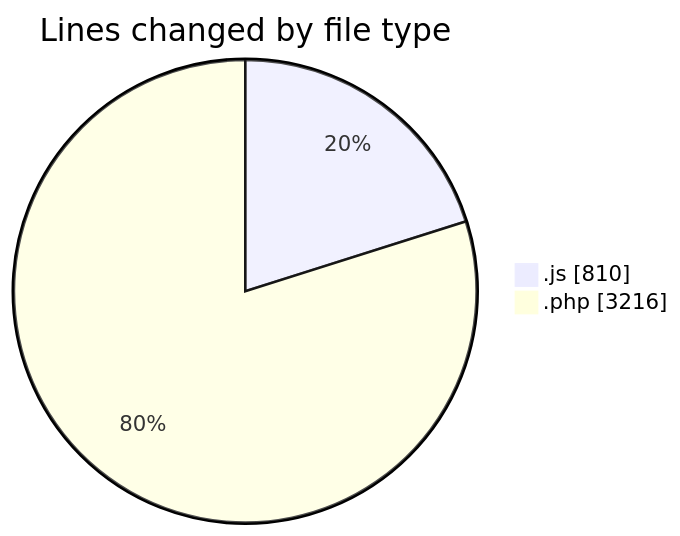
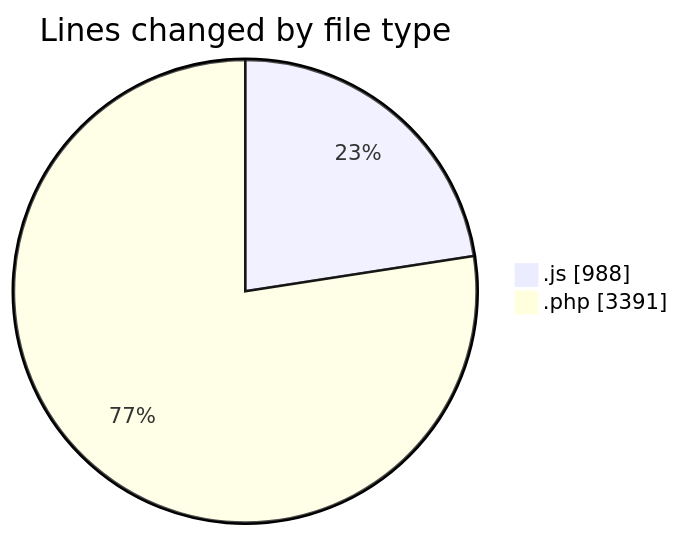
One commit to debugP/code-tracking changed the first of 2 diagrams in 2026-10-30/wp-content/README.md. Above: the diagram before and after it, drawn with Mermaid. The commit also changed other lines of this file and 1 other file, not shown here.

````diff
--- a/2026-10-30/wp-content/README.md
+++ b/2026-10-30/wp-content/README.md
@@ -21,6 +23,6 @@
 ```mermaid
 pie showData
 title Lines changed by file type
-".js" : 810
-".php" : 3216
+".js" : 988
+".php" : 3391
 ```
````
